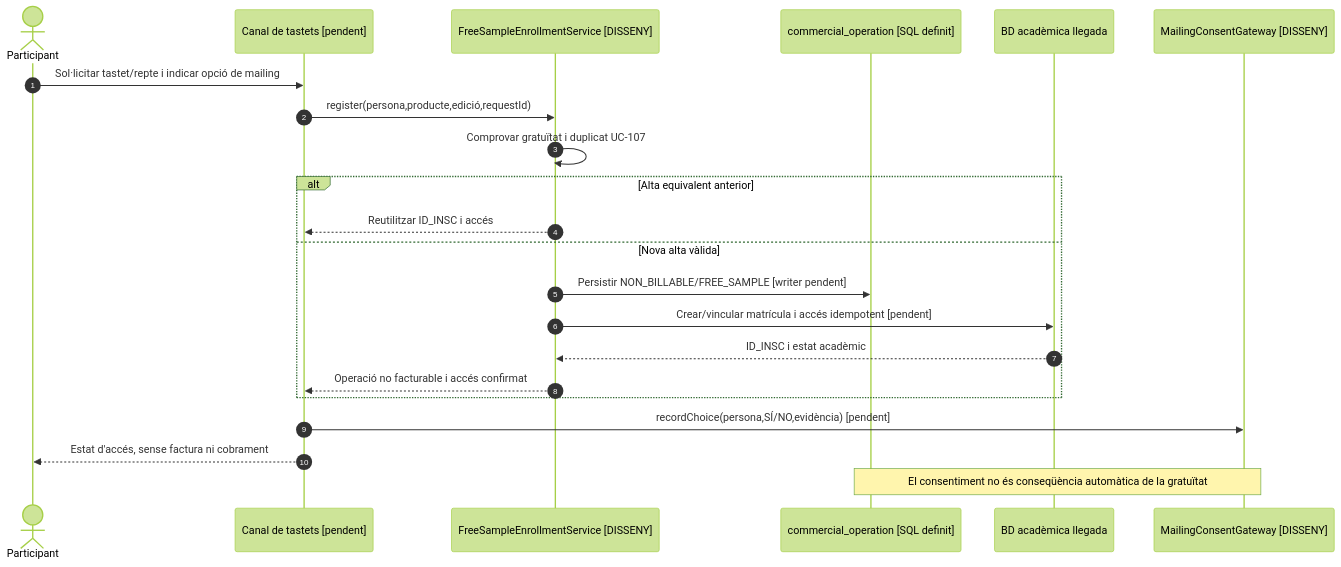
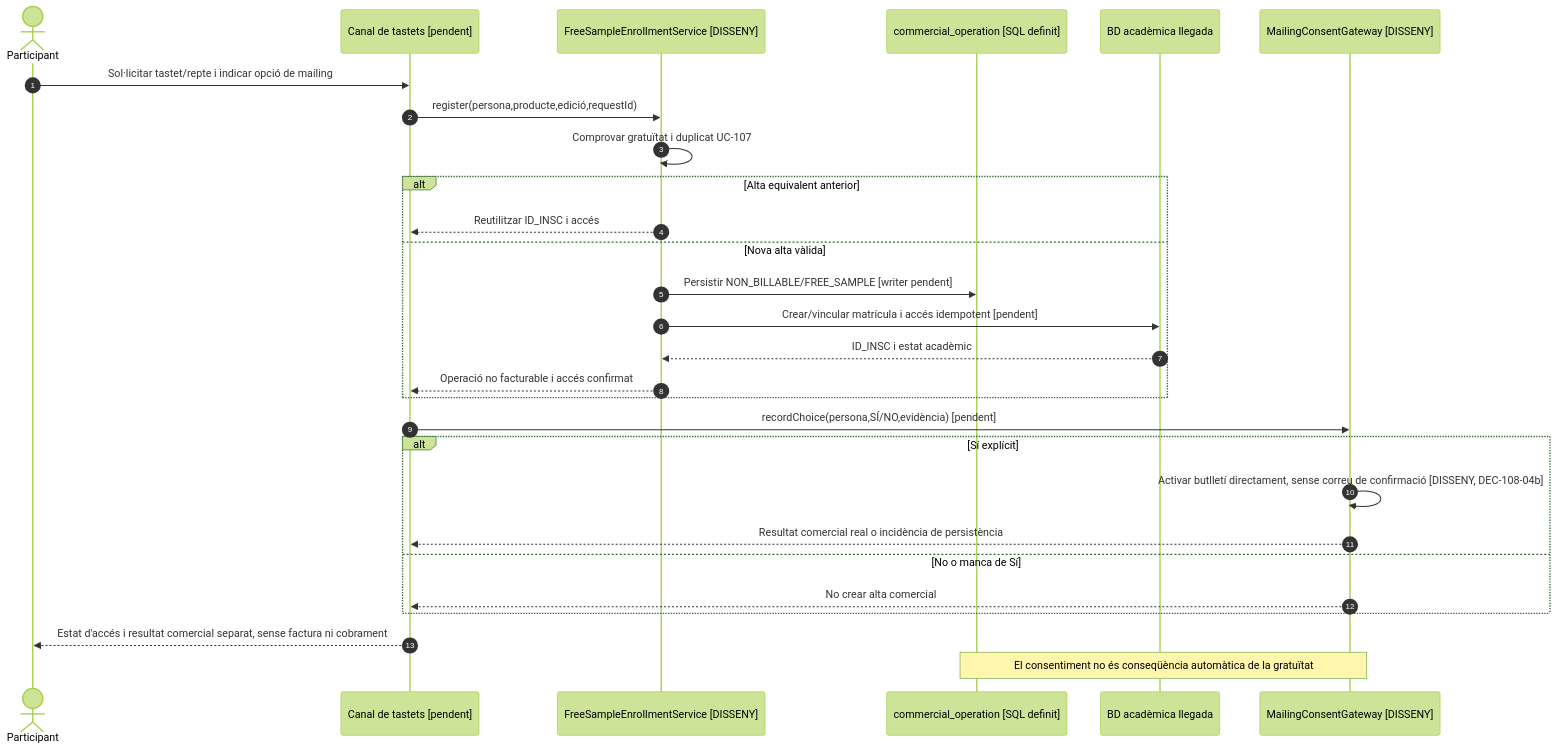
Before and after one commit to orgmeriemprismacat-del/verifactu: the third of 3 diagrams in documentacio/07-uml-integrat/uc-108-tastet-repte-gratuit.md, drawn with Mermaid (forest theme). The commit also changed other lines of this file, not shown here.

Commit message:
docs(uml): UC-108 explicit yes activates newsletter directly without second email

````diff
--- a/documentacio/07-uml-integrat/uc-108-tastet-repte-gratuit.md
+++ b/documentacio/07-uml-integrat/uc-108-tastet-repte-gratuit.md
@@ -121,24 +122,30 @@
 ```mermaid
 sequenceDiagram
 autonumber
 actor P as Participant
 participant UI as Canal de tastets [pendent]
 participant S as FreeSampleEnrollmentService [DISSENY]
 participant O as commercial_operation [SQL definit]
 participant L as BD acadèmica llegada
 participant M as MailingConsentGateway [DISSENY]
 P->>UI: Sol·licitar tastet/repte i indicar opció de mailing
 UI->>S: register(persona,producte,edició,requestId)
 S->>S: Comprovar gratuïtat i duplicat UC-107
 alt Alta equivalent anterior
  S-->>UI: Reutilitzar ID_INSC i accés
 else Nova alta vàlida
  S->>O: Persistir NON_BILLABLE/FREE_SAMPLE [writer pendent]
  S->>L: Crear/vincular matrícula i accés idempotent [pendent]
  L-->>S: ID_INSC i estat acadèmic
  S-->>UI: Operació no facturable i accés confirmat
 end
 UI->>M: recordChoice(persona,SÍ/NO,evidència) [pendent]
-UI-->>P: Estat d'accés, sense factura ni cobrament
+alt Sí explícit
+ M->>M: Activar butlletí directament, sense correu de confirmació [DISSENY, DEC-108-04b]
+ M-->>UI: Resultat comercial real o incidència de persistència
+else No o manca de Sí
+ M-->>UI: No crear alta comercial
+end
+UI-->>P: Estat d'accés i resultat comercial separat, sense factura ni cobrament
 Note over O,M: El consentiment no és conseqüència automàtica de la gratuïtat
 ```
````
